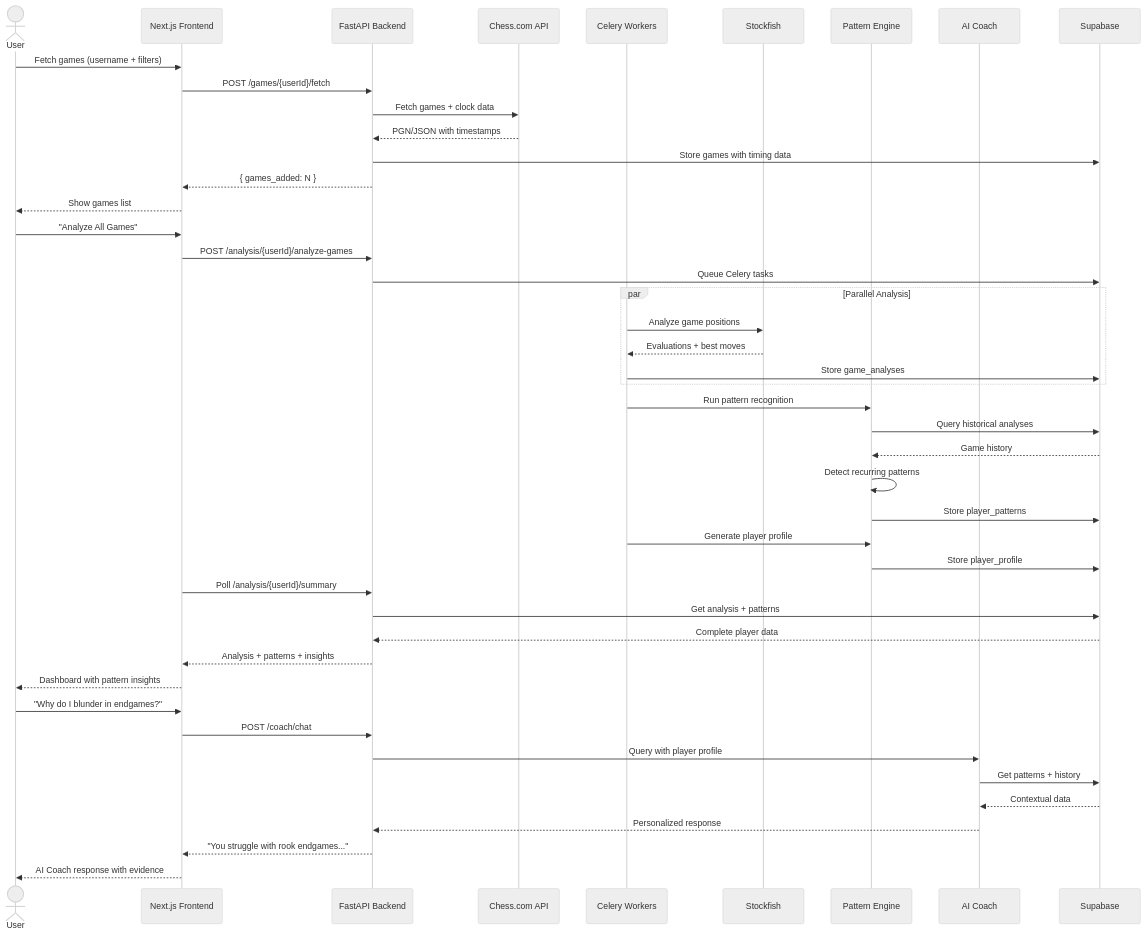
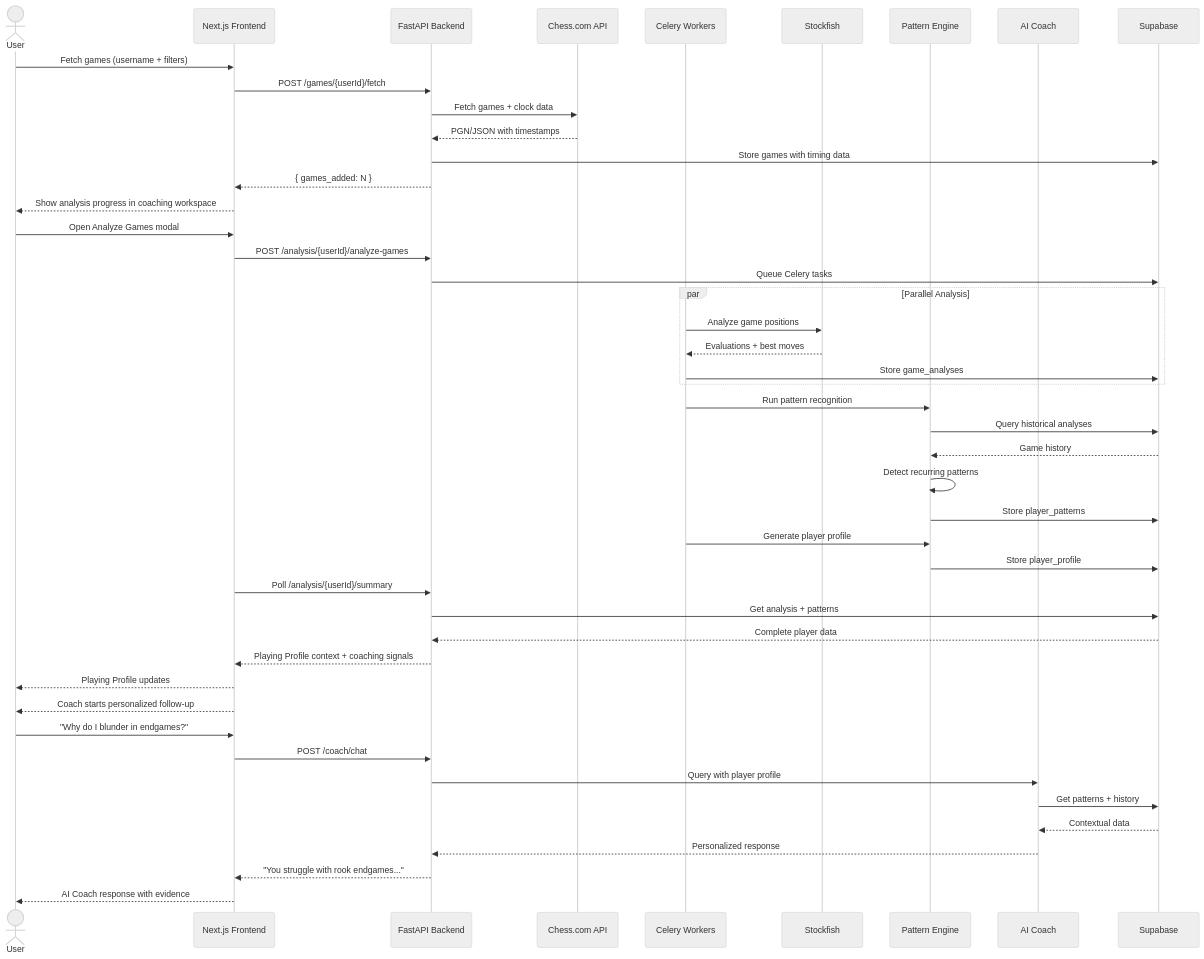
Before and after one commit to ArcnetLabs/chess-AI: the second of 3 diagrams in docs/product/FRD_PRODUCT.md, drawn with Mermaid (neutral theme). The commit also changed other lines of this file and 85 other files, not shown here.

````diff
--- a/docs/product/FRD_PRODUCT.md
+++ b/docs/product/FRD_PRODUCT.md
@@ -559,54 +557,55 @@
 ```mermaid
 sequenceDiagram
     actor U as User
     participant FE as Next.js Frontend
     participant BE as FastAPI Backend
     participant CC as Chess.com API
     participant CELERY as Celery Workers
     participant SF as Stockfish
     participant PRE as Pattern Engine
     participant AI as AI Coach
     participant DB as Supabase
 
     U->>FE: Fetch games (username + filters)
     FE->>BE: POST /games/{userId}/fetch
     BE->>CC: Fetch games + clock data
     CC-->>BE: PGN/JSON with timestamps
     BE->>DB: Store games with timing data
     BE-->>FE: { games_added: N }
-    FE-->>U: Show games list
+    FE-->>U: Show analysis progress in coaching workspace
 
-    U->>FE: "Analyze All Games"
+    U->>FE: Open Analyze Games modal
     FE->>BE: POST /analysis/{userId}/analyze-games
     BE->>DB: Queue Celery tasks
 
     par Parallel Analysis
         CELERY->>SF: Analyze game positions
         SF-->>CELERY: Evaluations + best moves
         CELERY->>DB: Store game_analyses
     end
 
     CELERY->>PRE: Run pattern recognition
     PRE->>DB: Query historical analyses
     DB-->>PRE: Game history
     PRE->>PRE: Detect recurring patterns
     PRE->>DB: Store player_patterns
 
     CELERY->>PRE: Generate player profile
     PRE->>DB: Store player_profile
 
     FE->>BE: Poll /analysis/{userId}/summary
     BE->>DB: Get analysis + patterns
     DB-->>BE: Complete player data
-    BE-->>FE: Analysis + patterns + insights
-    FE-->>U: Dashboard with pattern insights
+    BE-->>FE: Playing Profile context + coaching signals
+    FE-->>U: Playing Profile updates
+    FE-->>U: Coach starts personalized follow-up
 
     U->>FE: "Why do I blunder in endgames?"
     FE->>BE: POST /coach/chat
     BE->>AI: Query with player profile
     AI->>DB: Get patterns + history
     DB-->>AI: Contextual data
     AI-->>BE: Personalized response
     BE-->>FE: "You struggle with rook endgames..."
     FE-->>U: AI Coach response with evidence
 ```
````
